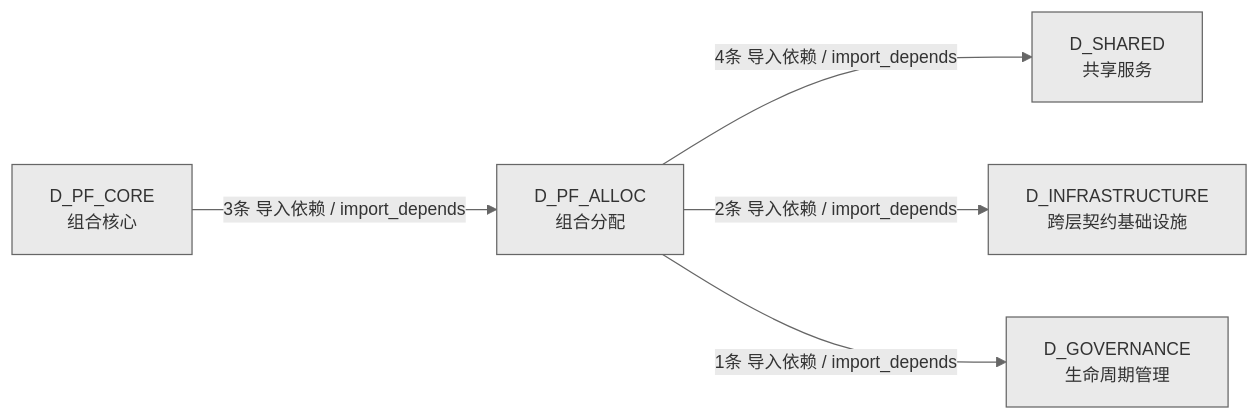
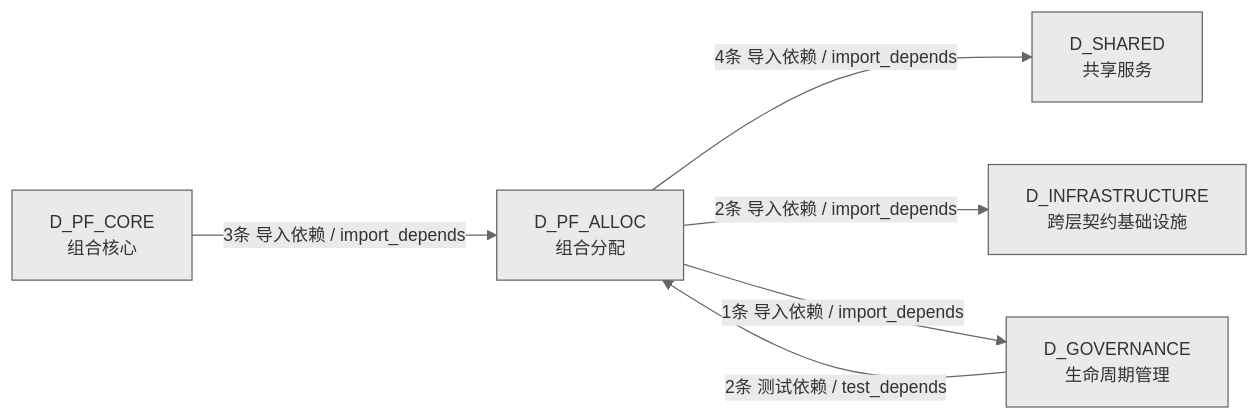
Before and after one commit to xuanFelixVan/ZephyrAlpha: the fourth of 4 diagrams in docs/02_enterprise_architecture/02_domain_architecture_docs/62_d_pf_alloc.md, drawn with Mermaid. The commit also changed other lines of this file and 45 other files, not shown here.

````diff
--- a/docs/02_enterprise_architecture/02_domain_architecture_docs/62_d_pf_alloc.md
+++ b/docs/02_enterprise_architecture/02_domain_architecture_docs/62_d_pf_alloc.md
@@ -154,13 +158,14 @@
 ```mermaid
 %%{init: {'theme': 'base', 'themeVariables': {'primaryColor': '#eaeaea', 'primaryTextColor': '#333333', 'primaryBorderColor': '#666666', 'lineColor': '#666666', 'secondaryColor': '#eaeaea', 'tertiaryColor': '#eaeaea', 'fontSize': '14px'}}}%%
 graph LR
     D_PF_ALLOC["D_PF_ALLOC<br/>组合分配"]
     D_SHARED["D_SHARED<br/>共享服务"]
     D_INFRASTRUCTURE["D_INFRASTRUCTURE<br/>跨层契约基础设施"]
     D_GOVERNANCE["D_GOVERNANCE<br/>生命周期管理"]
     D_PF_CORE["D_PF_CORE<br/>组合核心"]
     D_PF_ALLOC -->|4条 导入依赖 / import_depends| D_SHARED
     D_PF_ALLOC -->|2条 导入依赖 / import_depends| D_INFRASTRUCTURE
     D_PF_ALLOC -->|1条 导入依赖 / import_depends| D_GOVERNANCE
     D_PF_CORE -->|3条 导入依赖 / import_depends| D_PF_ALLOC
+    D_GOVERNANCE -->|2条 测试依赖 / test_depends| D_PF_ALLOC
 ```
````
